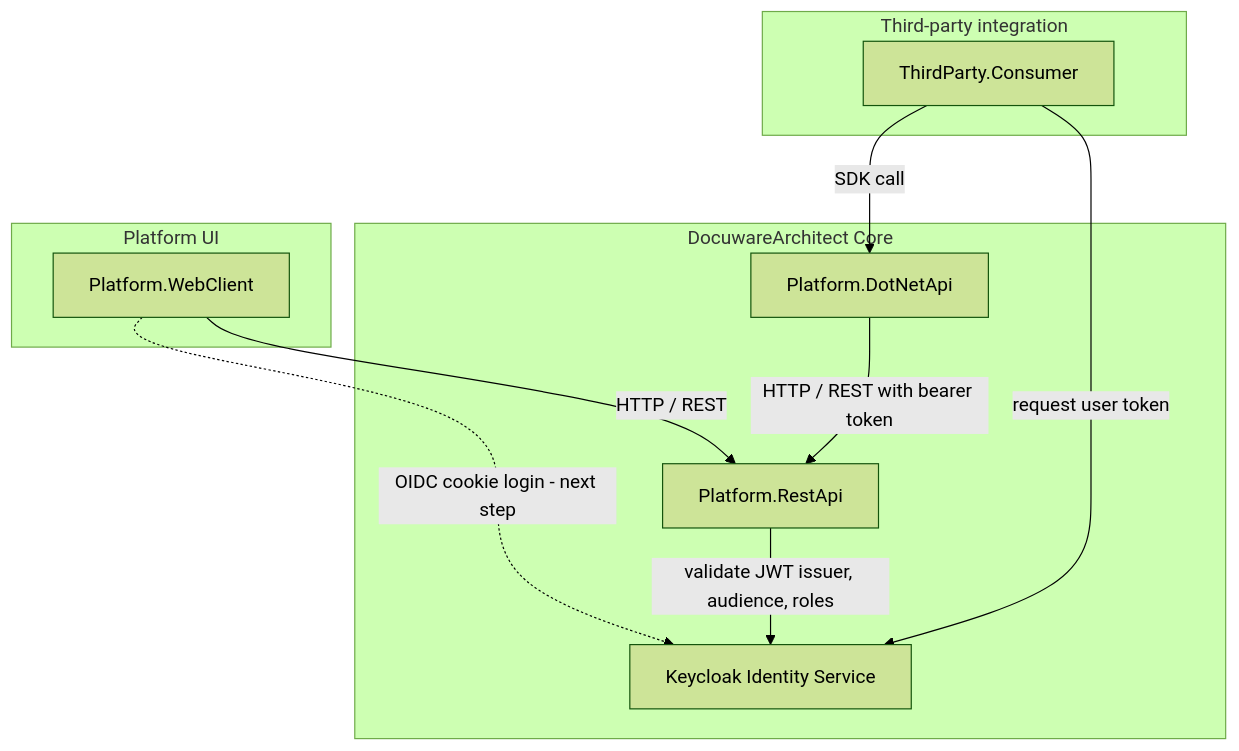
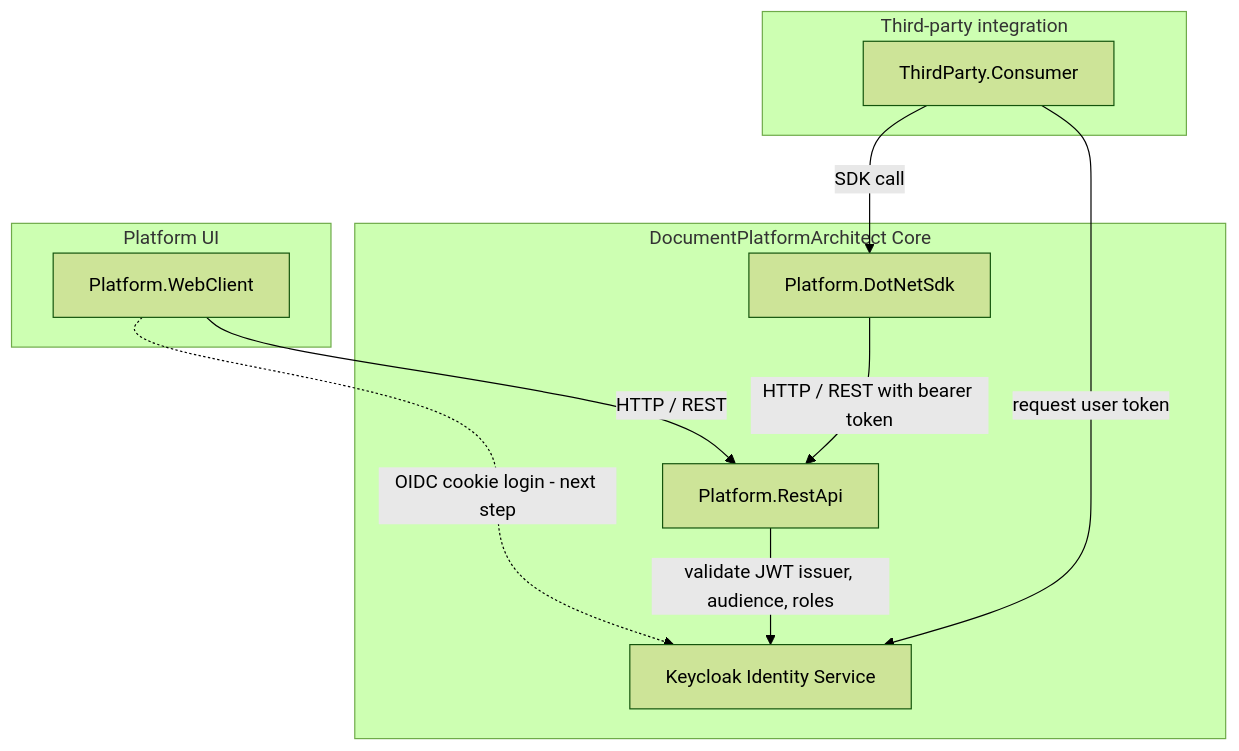
The diagram in README.md (haoyucheng369-gif/DocuwareArchitect), drawn with Mermaid (forest theme) before and after one commit. The commit also changed other lines of this file and 27 other files, not shown here.

````diff
--- a/README.md
+++ b/README.md
@@ -14,23 +15,23 @@
 ```mermaid
 flowchart TB
-    subgraph Core["DocuwareArchitect Core"]
+    subgraph Core["DocumentPlatformArchitect Core"]
         I[Keycloak Identity Service]
         R[Platform.RestApi]
-        S[Platform.DotNetApi]
+        S[Platform.DotNetSdk]
     end
 
     subgraph FirstParty["Platform UI"]
         W[Platform.WebClient]
     end
 
     subgraph External["Third-party integration"]
         T[ThirdParty.Consumer]
     end
 
     W -->|HTTP / REST| R
     W -.->|OIDC cookie login - next step| I
     T -->|request user token| I
     T -->|SDK call| S
     S -->|HTTP / REST with bearer token| R
     R -->|validate JWT issuer, audience, roles| I
 ```
````
